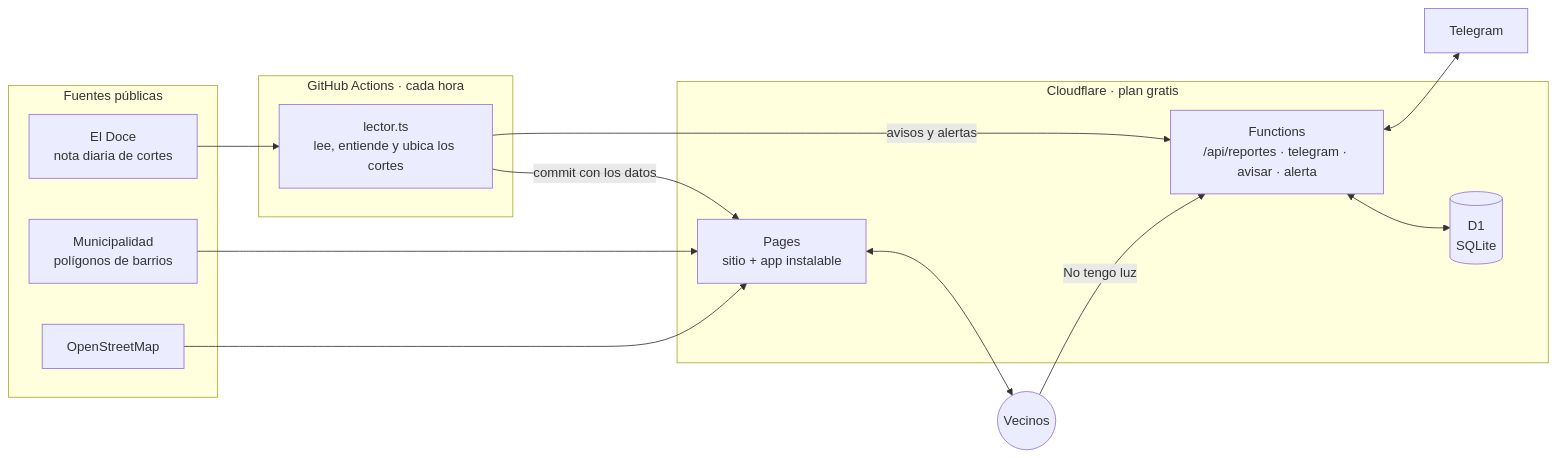
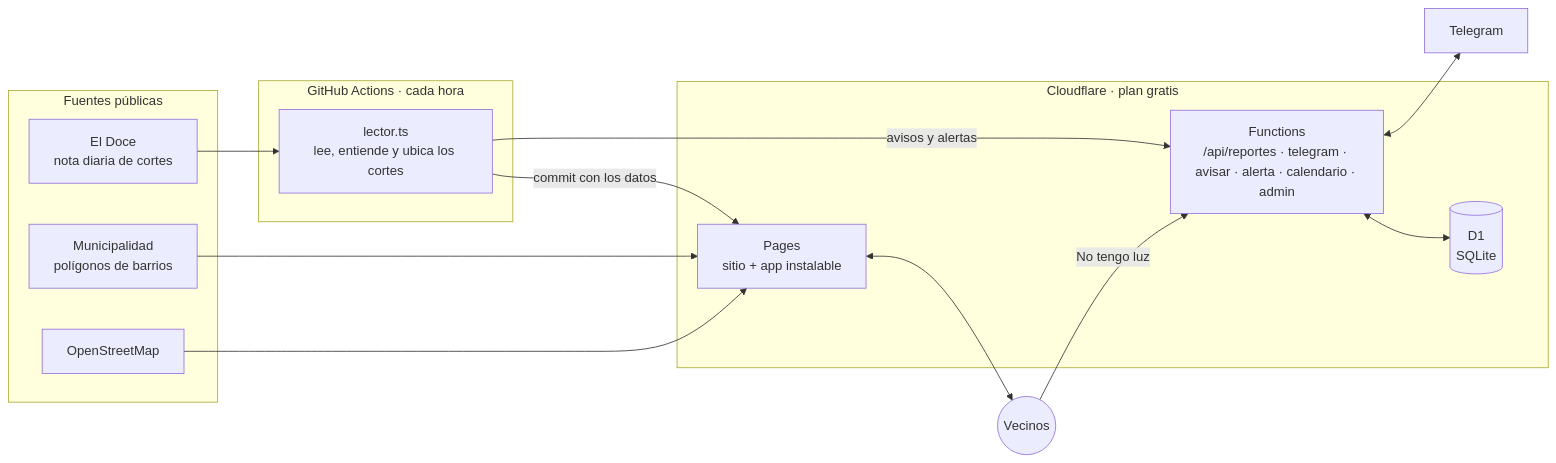
One commit to NicolasGonzalezSueyro/tengo-luz changed the diagram in README.md. Above: the diagram before and after it, drawn with Mermaid. The commit also changed other lines of this file and 14 other files, not shown here.

Commit message:
Agendar cortes en el calendario y panel de admin

````diff
--- a/README.md
+++ b/README.md
@@ -32,25 +34,25 @@
 ```mermaid
 flowchart LR
   subgraph fuentes[Fuentes públicas]
     doce[El Doce<br/>nota diaria de cortes]
     muni[Municipalidad<br/>polígonos de barrios]
     osm[OpenStreetMap]
   end
   subgraph gh[GitHub Actions · cada hora]
     lector[lector.ts<br/>lee, entiende y ubica los cortes]
   end
   subgraph cf[Cloudflare · plan gratis]
     pages[Pages<br/>sitio + app instalable]
-    api["Functions<br/>/api/reportes · telegram · avisar · alerta"]
+    api["Functions<br/>/api/reportes · telegram · avisar · alerta · calendario · admin"]
     db[(D1<br/>SQLite)]
   end
   doce --> lector
   muni --> pages
   osm --> pages
   lector -- commit con los datos --> pages
   lector -- avisos y alertas --> api
   pages <--> vecinos((Vecinos))
   vecinos -- No tengo luz --> api
   api <--> db
   api <--> telegram[Telegram]
 ```
````
